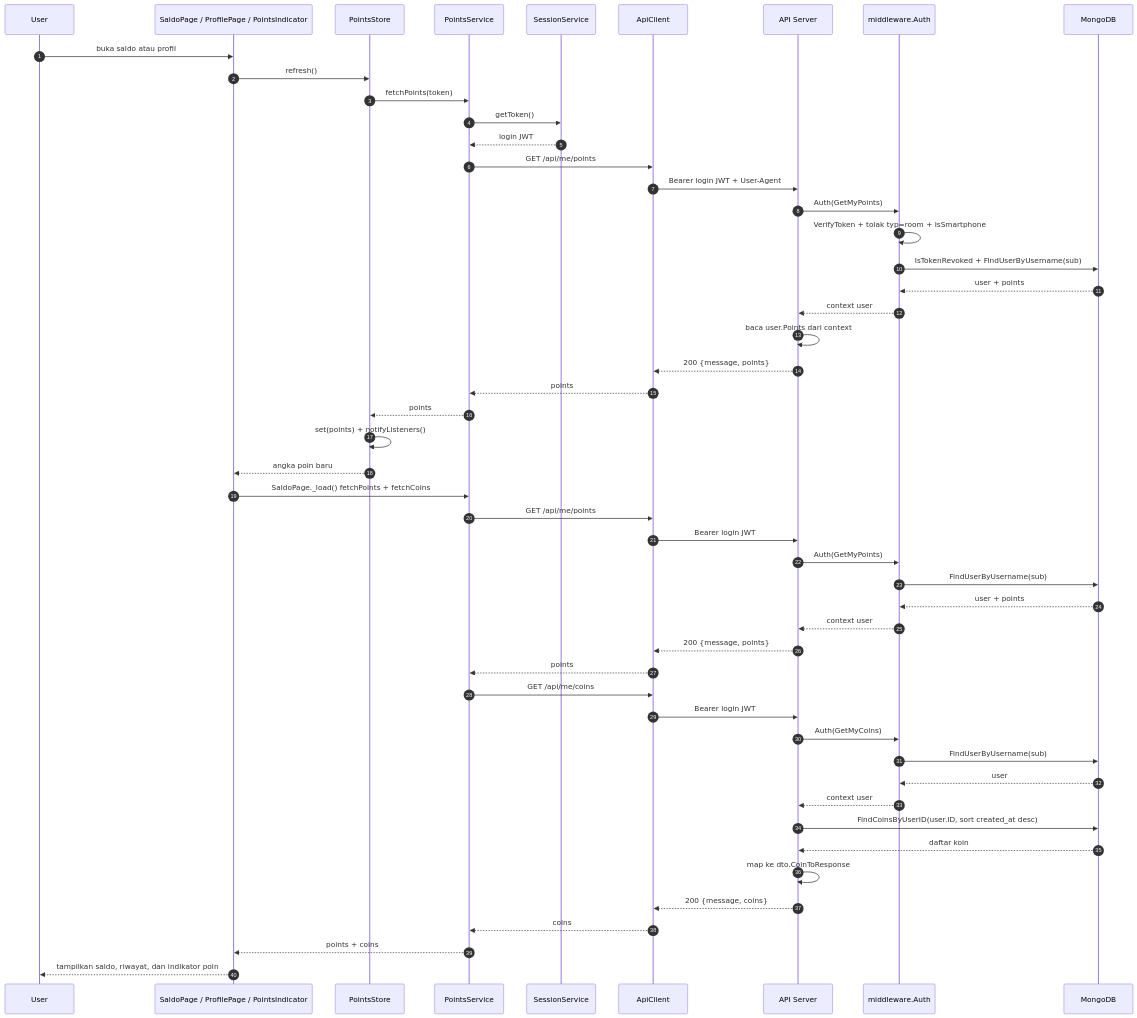
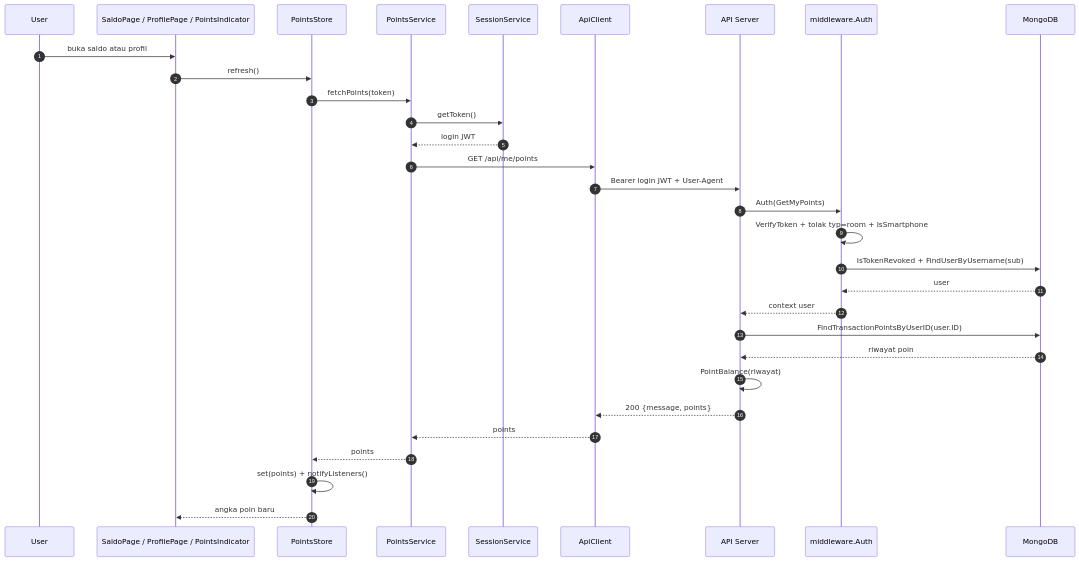
Diagram 11 of 13 in API.md (Indra-haha/quizrush_app), drawn with Mermaid before and after one commit. The commit also changed other lines of this file and 5 other files, not shown here.

````diff
--- a/API.md
+++ b/API.md
@@ -3043,55 +3014,34 @@
 ```mermaid
 sequenceDiagram
     autonumber
     participant U as User
     participant UI as SaldoPage / ProfilePage / PointsIndicator
     participant STORE as PointsStore
     participant SVC as PointsService
     participant SP as SessionService
     participant AC as ApiClient
     participant API as API Server
     participant MW as middleware.Auth
     participant DB as MongoDB
 
     U->>UI: buka saldo atau profil
     UI->>STORE: refresh()
     STORE->>SVC: fetchPoints(token)
     SVC->>SP: getToken()
     SP-->>SVC: login JWT
     SVC->>AC: GET /api/me/points
     AC->>API: Bearer login JWT + User-Agent
     API->>MW: Auth(GetMyPoints)
     MW->>MW: VerifyToken + tolak typ=room + IsSmartphone
     MW->>DB: IsTokenRevoked + FindUserByUsername(sub)
-    DB-->>MW: user + points
+    DB-->>MW: user
     MW-->>API: context user
-    API->>API: baca user.Points dari context
+    API->>DB: FindTransactionPointsByUserID(user.ID)
+    DB-->>API: riwayat poin
+    API->>API: PointBalance(riwayat)
     API-->>AC: 200 {message, points}
     AC-->>SVC: points
     SVC-->>STORE: points
     STORE->>STORE: set(points) + notifyListeners()
     STORE-->>UI: angka poin baru
-
-    UI->>SVC: SaldoPage._load() fetchPoints + fetchCoins
-    SVC->>AC: GET /api/me/points
-    AC->>API: Bearer login JWT
-    API->>MW: Auth(GetMyPoints)
-    MW->>DB: FindUserByUsername(sub)
-    DB-->>MW: user + points
-    MW-->>API: context user
-    API-->>AC: 200 {message, points}
-    AC-->>SVC: points
-    SVC->>AC: GET /api/me/coins
-    AC->>API: Bearer login JWT
-    API->>MW: Auth(GetMyCoins)
-    MW->>DB: FindUserByUsername(sub)
-    DB-->>MW: user
-    MW-->>API: context user
-    API->>DB: FindCoinsByUserID(user.ID, sort created_at desc)
-    DB-->>API: daftar koin
-    API->>API: map ke dto.CoinToResponse
-    API-->>AC: 200 {message, coins}
-    AC-->>SVC: coins
-    SVC-->>UI: points + coins
-    UI-->>U: tampilkan saldo, riwayat, dan indikator poin
 ```
````
